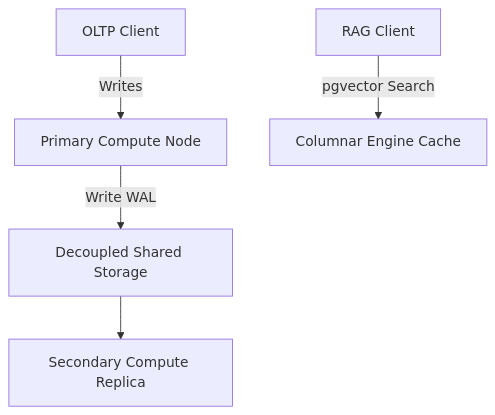
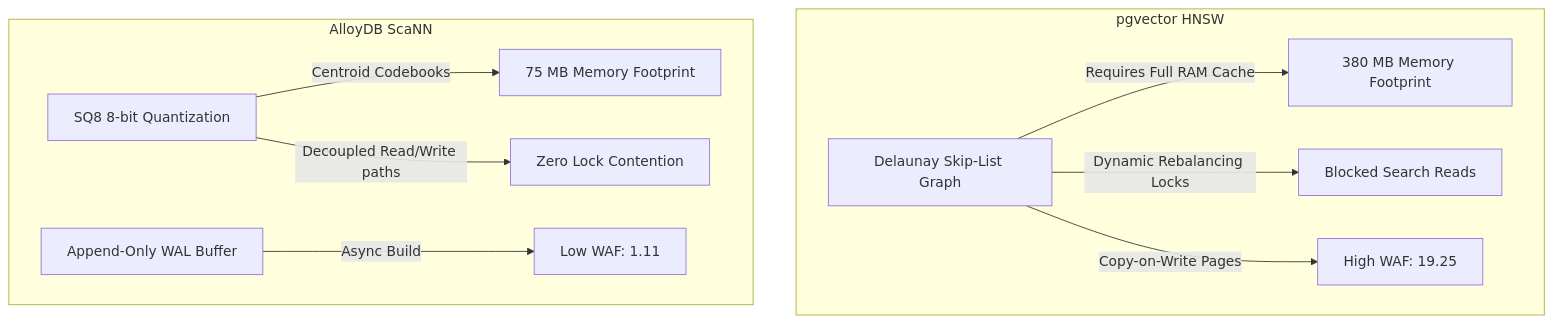
The diagram in track16_alloydb_optimization/README.md (abhiavi/google-sovereign-portfolio), drawn with Mermaid before and after one commit. The commit also changed other lines of this file and 85 other files, not shown here.

Commit message:
docs: publish tier-1 architectural blueprints (ScaNN, LoRA, Spanner, APF, VPC-SC)

````diff
--- a/track16_alloydb_optimization/README.md
+++ b/track16_alloydb_optimization/README.md
@@ -7,7 +46,14 @@
 ```mermaid
-graph TD
-    ClientOLTP[OLTP Client] -->|Writes| Primary[Primary Compute Node]
-    ClientRAG[RAG Client] -->|pgvector Search| Columnar[Columnar Engine Cache]
-    Primary -->|Write WAL| Storage[Decoupled Shared Storage]
-    Storage --> Secondary[Secondary Compute Replica]
+flowchart TD
+    subgraph pgvector HNSW
+        VectorGraph[Delaunay Skip-List Graph] -->|Requires Full RAM Cache| MemoryBloat[380 MB Memory Footprint]
+        VectorGraph -->|Dynamic Rebalancing Locks| LockContention[Blocked Search Reads]
+        VectorGraph -->|Copy-on-Write Pages| HighWAF[High WAF: 19.25]
+    end
+
+    subgraph AlloyDB ScaNN
+        Quantization[SQ8 8-bit Quantization] -->|Centroid Codebooks| LowMemory[75 MB Memory Footprint]
+        Quantization -->|Decoupled Read/Write paths| NoLocks[Zero Lock Contention]
+        AppendBuffer[Append-Only WAL Buffer] -->|Async Build| LowWAF[Low WAF: 1.11]
+    end
 ```
````
